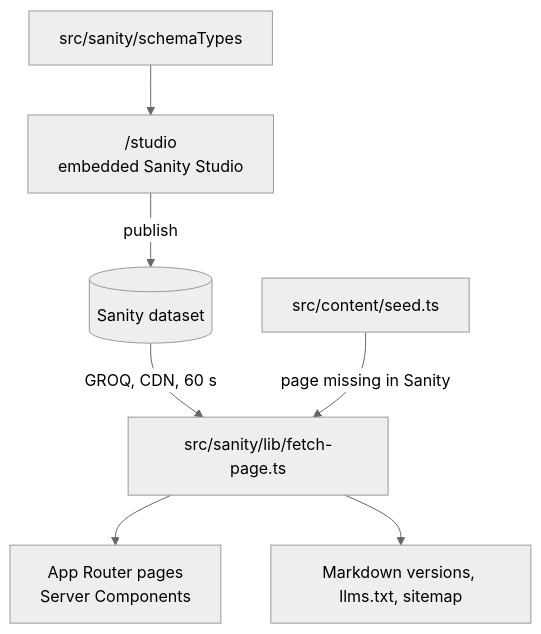
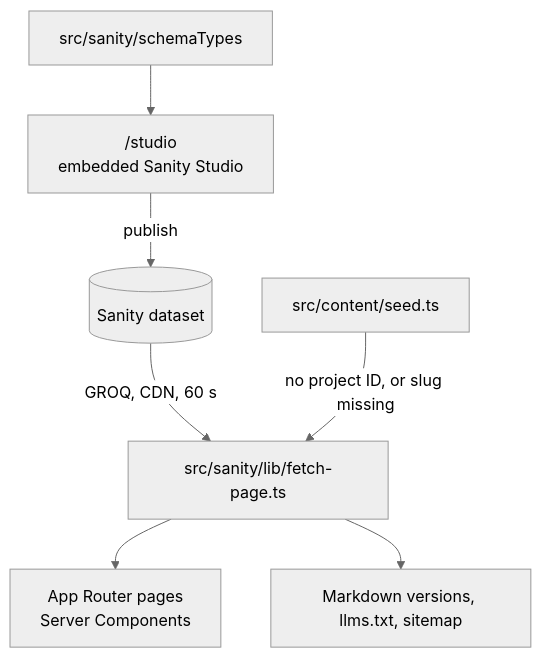
The diagram in docs/architecture.md (marcop135/nextfold), drawn with Mermaid (neutral theme) before and after one commit. The commit also changed 10 other files, not shown here.

First line of the commit message:
docs: restructure the README and redraw the content flow (#10)

````diff
--- a/docs/architecture.md
+++ b/docs/architecture.md
@@ -3,9 +3,9 @@
 ```mermaid
 flowchart TB
   schema["src/sanity/schemaTypes"] --> studio["/studio<br/>embedded Sanity Studio"]
   studio -- publish --> dataset[(Sanity dataset)]
   dataset -- "GROQ, CDN, 60 s" --> fetch["src/sanity/lib/fetch-page.ts"]
-  seed["src/content/seed.ts"] -- "page missing in Sanity" --> fetch
+  seed["src/content/seed.ts"] -- "no project ID, or slug missing" --> fetch
   fetch --> pages["App Router pages<br/>Server Components"]
   fetch --> markdown["Markdown versions, llms.txt, sitemap"]
 ```
````
